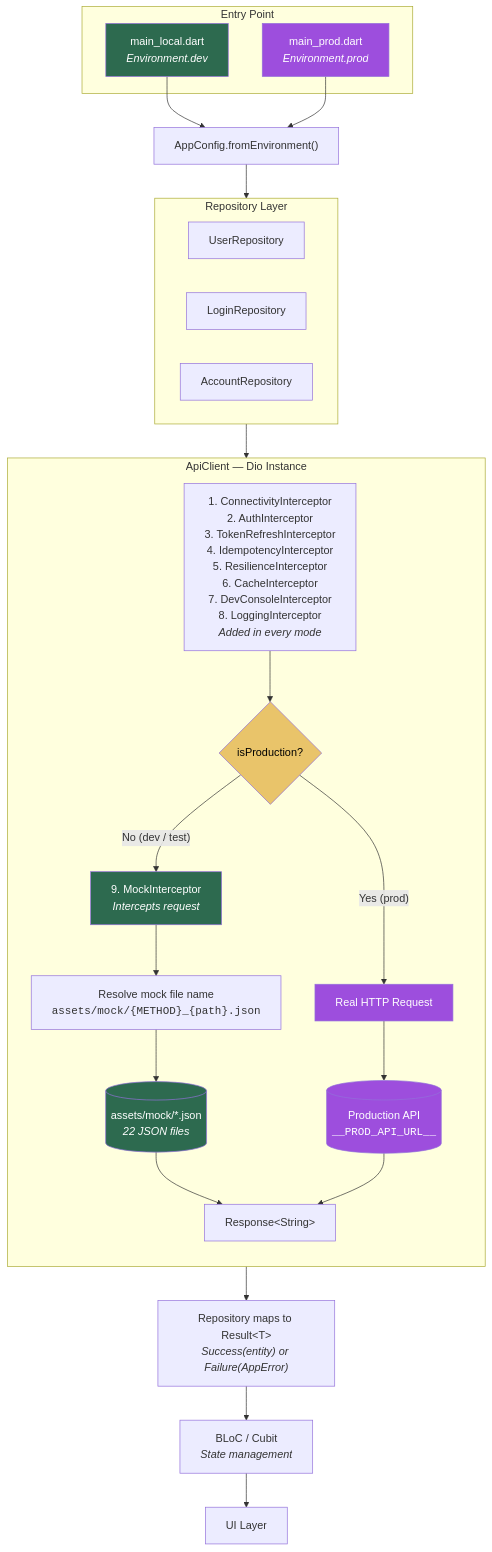
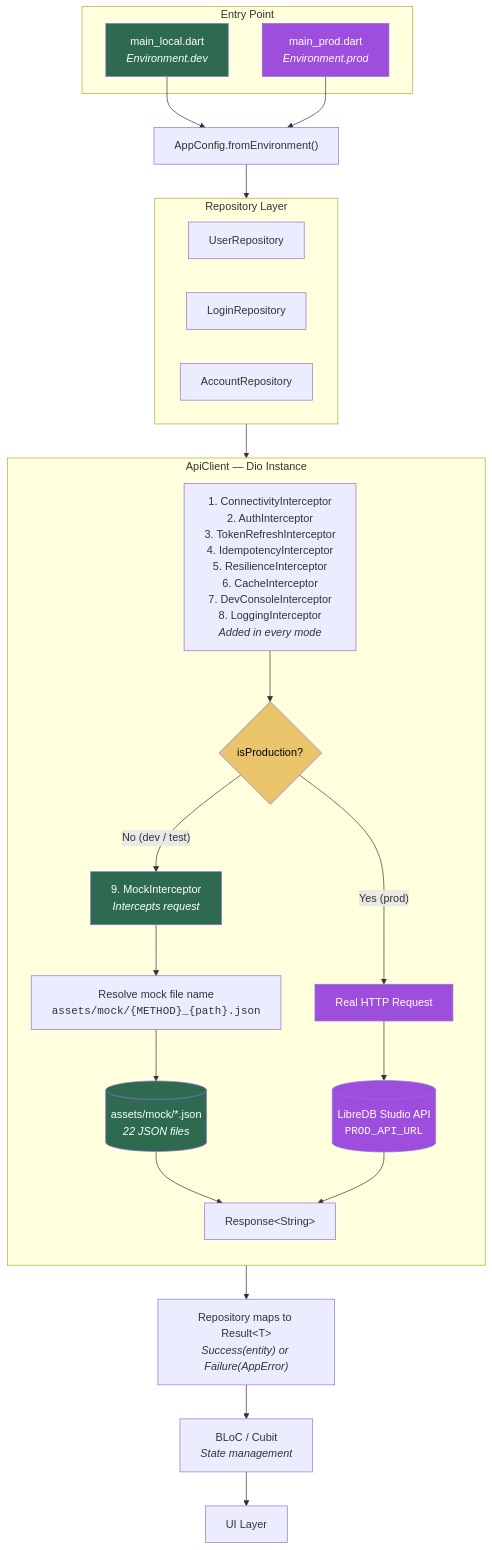
The first of 2 diagrams in docs/mock-architecture.md (libredb/libredb-mobile), drawn with Mermaid before and after one commit. The commit also changed other lines of this file and 9 other files, not shown here.

````diff
--- a/docs/mock-architecture.md
+++ b/docs/mock-architecture.md
@@ -19,65 +19,65 @@
 ```mermaid
 flowchart TB
     subgraph Entry["Entry Point"]
         LOCAL["main_local.dart<br/><i>Environment.dev</i>"]
         PROD["main_prod.dart<br/><i>Environment.prod</i>"]
     end
 
     LOCAL --> ENV
     PROD --> ENV
 
     ENV["AppConfig.fromEnvironment()"]
     ENV --> REPO
 
     subgraph REPO["Repository Layer"]
         direction LR
         UR["UserRepository"]
         AR["LoginRepository"]
         ACR["AccountRepository"]
     end
 
     REPO --> API
 
     subgraph API["ApiClient — Dio Instance"]
         direction TB
         CHAIN["1. ConnectivityInterceptor<br/>2. AuthInterceptor<br/>3. TokenRefreshInterceptor<br/>4. IdempotencyInterceptor<br/>5. ResilienceInterceptor<br/>6. CacheInterceptor<br/>7. DevConsoleInterceptor<br/>8. LoggingInterceptor<br/><i>Added in every mode</i>"]
         CHAIN --> DECISION
 
         DECISION{isProduction?}
 
         DECISION -- "No (dev / test)" --> MOCK_INT
         DECISION -- "Yes (prod)" --> NETWORK
 
         MOCK_INT["9. MockInterceptor<br/><i>Intercepts request</i>"]
         MOCK_INT --> RESOLVE
 
         RESOLVE["Resolve mock file name<br/><code>assets/mock/{METHOD}_{path}.json</code>"]
         RESOLVE --> ASSET
 
         ASSET[("assets/mock/*.json<br/><i>22 JSON files</i>")]
         ASSET --> RESPONSE
 
         NETWORK["Real HTTP Request"]
         NETWORK --> REAL_API
 
-        REAL_API[("Production API<br/><code>__PROD_API_URL__</code>")]
+        REAL_API[("LibreDB Studio API<br/><code>PROD_API_URL</code>")]
         REAL_API --> RESPONSE
     end
 
     RESPONSE["Response&lt;String&gt;"]
     RESPONSE --> RESULT
 
     RESULT["Repository maps to Result&lt;T&gt;<br/><i>Success(entity) or Failure(AppError)</i>"]
     RESULT --> BLOC
 
     BLOC["BLoC / Cubit<br/><i>State management</i>"]
     BLOC --> UI["UI Layer"]
 
     style LOCAL fill:#2d6a4f,color:#fff
     style PROD fill:#9d4edd,color:#fff
     style MOCK_INT fill:#2d6a4f,color:#fff
     style ASSET fill:#2d6a4f,color:#fff
     style NETWORK fill:#9d4edd,color:#fff
     style REAL_API fill:#9d4edd,color:#fff
     style DECISION fill:#e9c46a,color:#000
 ```
````
